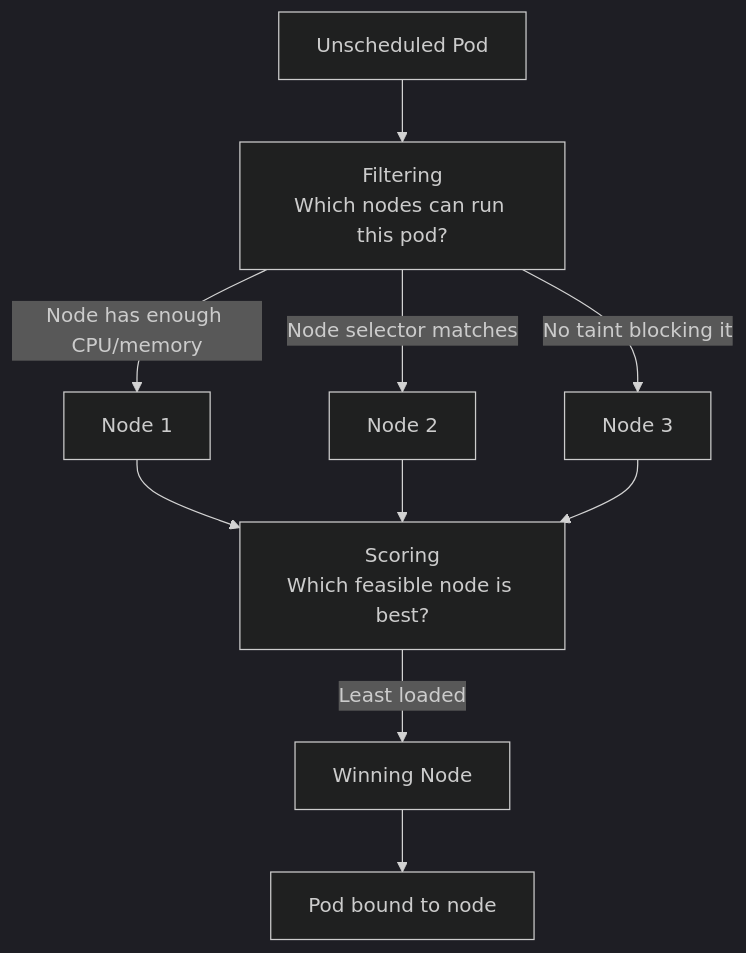
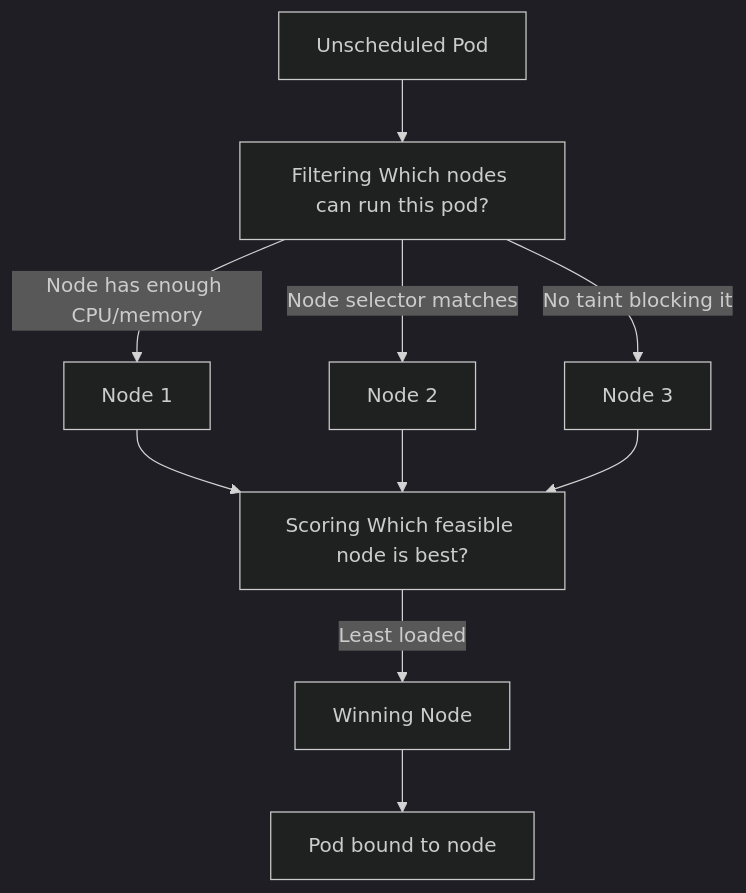
Before and after one commit to UncleJS/course_k3s: the sixth of 7 diagrams in 16_podman_to_k3s/01_mental_model_shift.md, drawn with Mermaid (dark theme). The commit also changed other lines of this file and 57 other files, not shown here.

````diff
--- a/16_podman_to_k3s/01_mental_model_shift.md
+++ b/16_podman_to_k3s/01_mental_model_shift.md
@@ -588,10 +588,10 @@
 ```mermaid
 flowchart TD
-    POD[Unscheduled Pod] --> FILT[Filtering\nWhich nodes can run this pod?]
+    POD[Unscheduled Pod] --> FILT[Filtering Which nodes can run this pod?]
     FILT -->|Node has enough CPU/memory| N1[Node 1]
     FILT -->|Node selector matches| N2[Node 2]
     FILT -->|No taint blocking it| N3[Node 3]
-    N1 & N2 & N3 --> SCORE[Scoring\nWhich feasible node is best?]
+    N1 & N2 & N3 --> SCORE[Scoring Which feasible node is best?]
     SCORE -->|Least loaded| WINNER[Winning Node]
     WINNER --> BIND[Pod bound to node]
 ```
````
